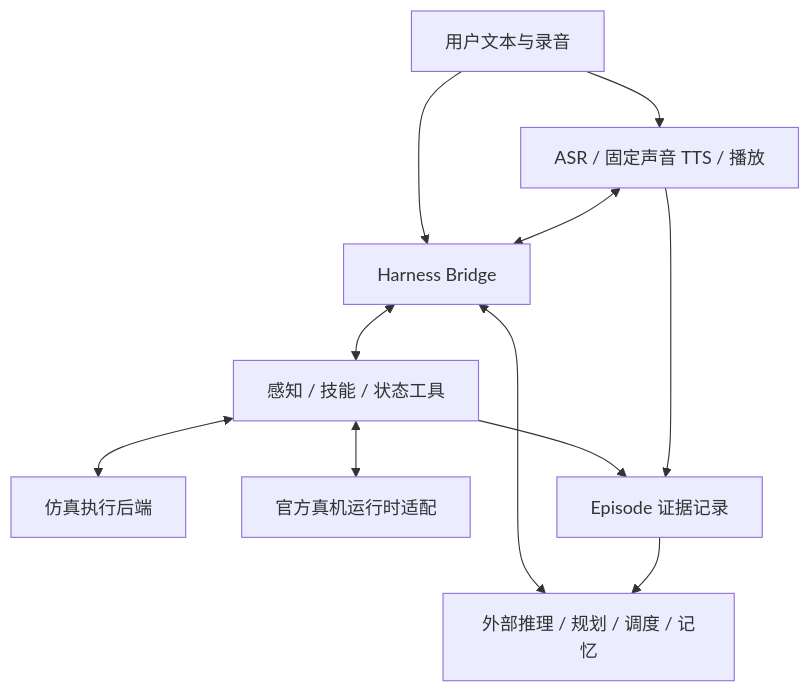
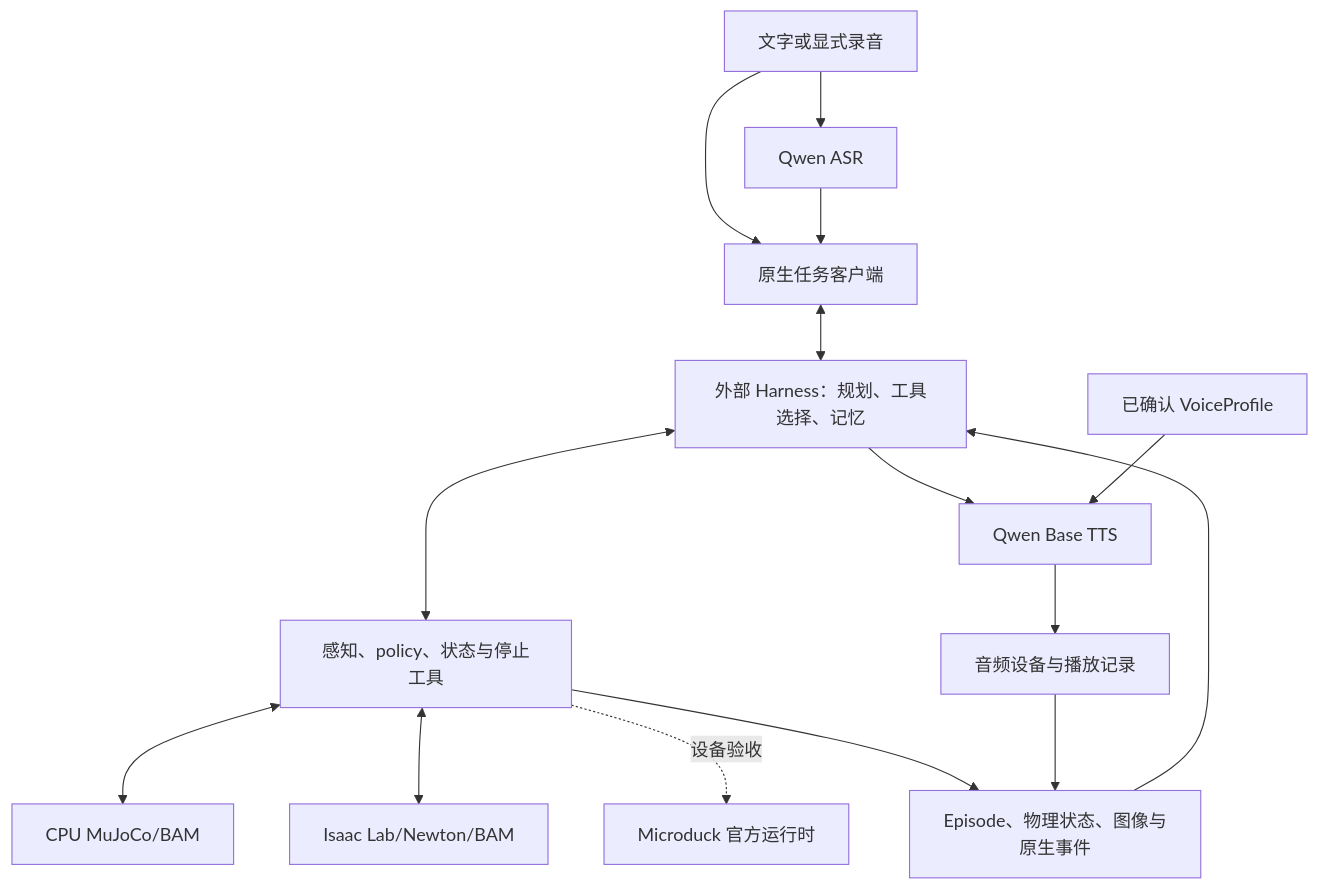
The first of 2 diagrams in docs/Agentic Microduck - Project Design v0.1.md (jixinyan/Oh-My-Duck), drawn with Mermaid before and after one commit. The commit also changed other lines of this file and 6 other files, not shown here.

````diff
--- a/docs/Agentic Microduck - Project Design v0.1.md
+++ b/docs/Agentic Microduck - Project Design v0.1.md
@@ -295,13 +103,17 @@
 ```mermaid
 flowchart TB
-  User[用户文本与录音] --> Voice[ASR / 固定声音 TTS / 播放]
-  User --> Bridge[Harness Bridge]
-  Voice <--> Bridge
-  Bridge <--> Harness[外部推理 / 规划 / 调度 / 记忆]
-  Bridge <--> Tools[感知 / 技能 / 状态工具]
-  Tools <--> Sim[仿真执行后端]
-  Tools <--> Real[官方真机运行时适配]
-  Tools --> Episodes[Episode 证据记录]
-  Voice --> Episodes
-  Episodes --> Harness
+  User[文字或显式录音] --> ASR[Qwen ASR]
+  User --> Client[原生任务客户端]
+  ASR --> Client
+  Client <--> Harness[外部 Harness：规划、工具选择、记忆]
+  Harness <--> Tools[感知、policy、状态与停止工具]
+  Tools <--> CPU[CPU MuJoCo/BAM]
+  Tools <--> Newton[Isaac Lab/Newton/BAM]
+  Tools -.设备验收.-> Robot[Microduck 官方运行时]
+  Tools --> Evidence[Episode、物理状态、图像与原生事件]
+  Evidence --> Harness
+  Harness --> TTS[Qwen Base TTS]
+  Profile[已确认 VoiceProfile] --> TTS
+  TTS --> Audio[音频设备与播放记录]
+  Audio --> Evidence
 ```
````
